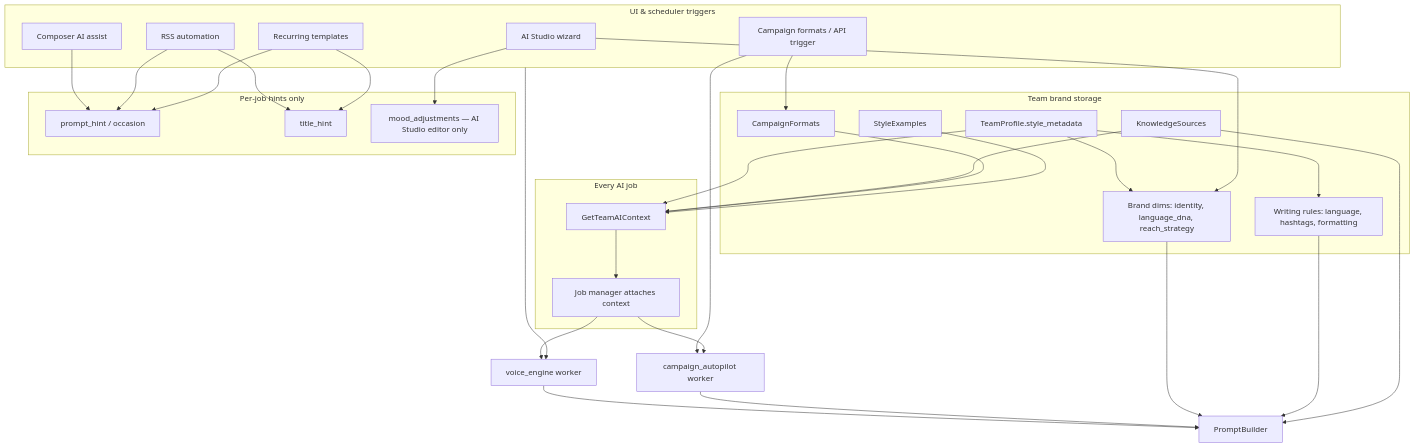
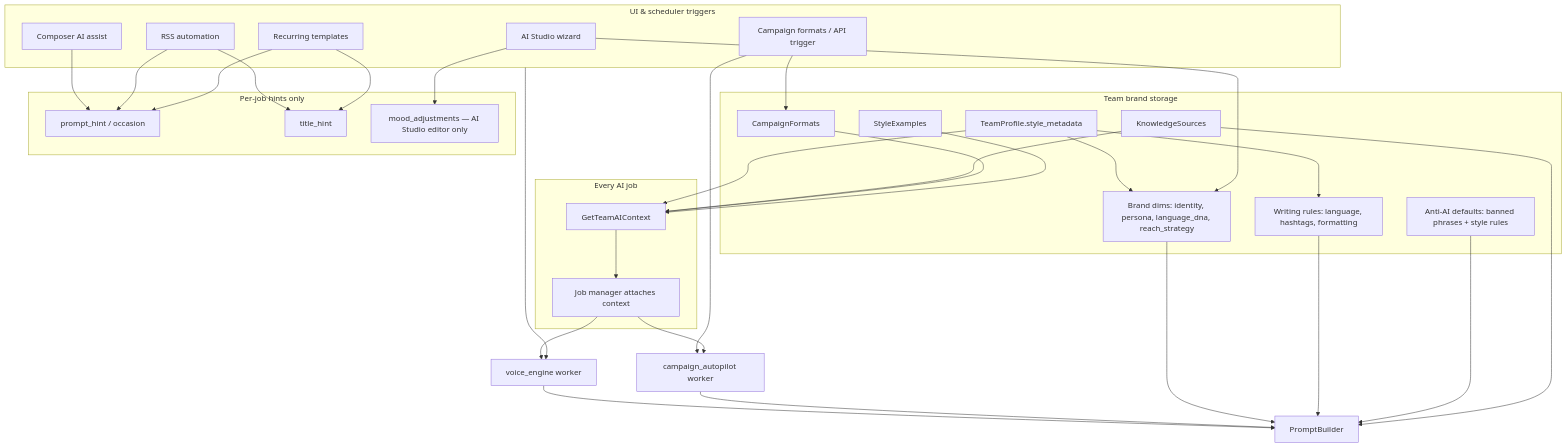
The first of 2 diagrams in website/src/content/docs/docs/guides/ai-features.md (Goloom-App/goloom), drawn with Mermaid before and after one commit. The commit also changed other lines of this file and 16 other files, not shown here.

First line of the commit message:
feat(ai): flexible brand profile, anti-AI defaults, AI-assisted setup

````diff
--- a/website/src/content/docs/docs/guides/ai-features.md
+++ b/website/src/content/docs/docs/guides/ai-features.md
@@ -27,55 +42,57 @@
 ```mermaid
 flowchart TB
   subgraph storage [Team brand storage]
     TP[TeamProfile.style_metadata]
-    TP --> Brand[Brand dims: identity, language_dna, reach_strategy]
+    TP --> Brand[Brand dims: identity, persona, language_dna, reach_strategy]
     TP --> Rules[Writing rules: language, hashtags, formatting]
+    AAI[Anti-AI defaults: banned phrases + style rules]
     KS[KnowledgeSources]
     CF[CampaignFormats]
     SE[StyleExamples]
   end
 
   subgraph dispatch [Every AI job]
     CTX[GetTeamAIContext]
     TP --> CTX
     KS --> CTX
     CF --> CTX
     SE --> CTX
     MGR[Job manager attaches context]
     CTX --> MGR
   end
 
   subgraph surfaces [UI & scheduler triggers]
     BW[AI Studio wizard]
     COMP[Composer AI assist]
     RSS[RSS automation]
     REC[Recurring templates]
     CAMP[Campaign formats / API trigger]
   end
 
   subgraph overrides [Per-job hints only]
     PH[prompt_hint / occasion]
     TH[title_hint]
     MO[mood_adjustments — AI Studio editor only]
   end
 
   BW --> Brand
   BW --> MO
   COMP --> PH
   RSS --> PH
   RSS --> TH
   REC --> PH
   REC --> TH
   CAMP --> CF
 
   surfaces --> VE[voice_engine worker]
   CAMP --> CA[campaign_autopilot worker]
   MGR --> VE
   MGR --> CA
 
   VE --> PB[PromptBuilder]
   CA --> PB
   Brand --> PB
   Rules --> PB
+  AAI --> PB
   KS --> PB
 ```
````
